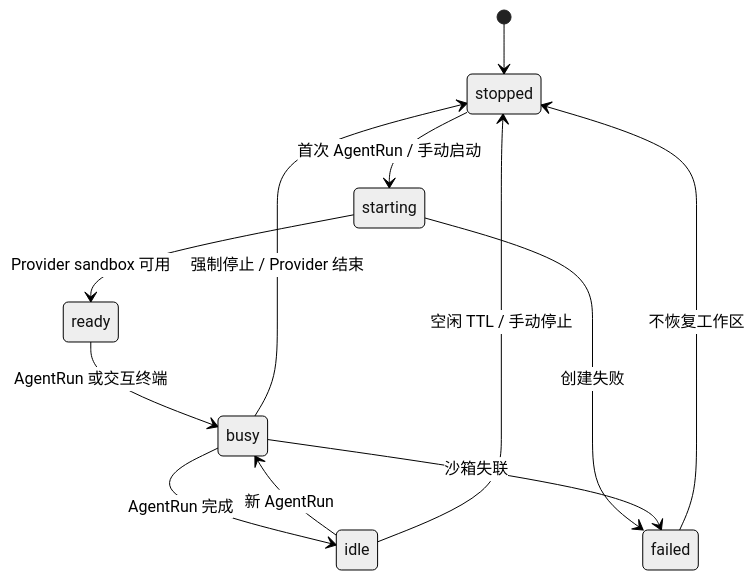
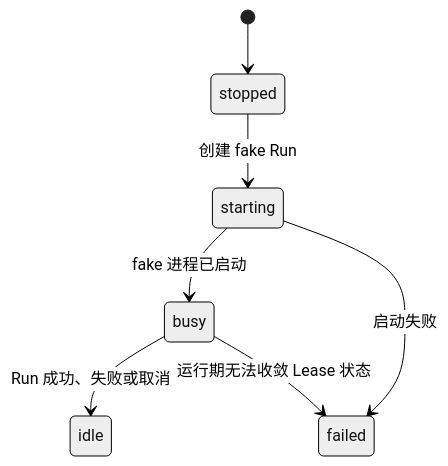
The diagram in docs/architecture/02-sandbox-runtime.md (DeyunMa/agent-online), drawn with Mermaid (neutral theme) before and after one commit. The commit also changed other lines of this file and 27 other files, not shown here.

````diff
--- a/docs/architecture/02-sandbox-runtime.md
+++ b/docs/architecture/02-sandbox-runtime.md
@@ -21,14 +79,9 @@
 ```mermaid
 stateDiagram-v2
     [*] --> stopped
-    stopped --> starting: 首次 AgentRun / 手动启动
-    starting --> ready: Provider sandbox 可用
-    ready --> busy: AgentRun 或交互终端
-    busy --> idle: AgentRun 完成
-    idle --> busy: 新 AgentRun
-    idle --> stopped: 空闲 TTL / 手动停止
-    busy --> stopped: 强制停止 / Provider 结束
-    starting --> failed: 创建失败
-    busy --> failed: 沙箱失联
-    failed --> stopped: 不恢复工作区
+    stopped --> starting: 创建 fake Run
+    starting --> busy: fake 进程已启动
+    starting --> failed: 启动失败
+    busy --> idle: Run 成功、失败或取消
+    busy --> failed: 运行期无法收敛 Lease 状态
 ```
````
